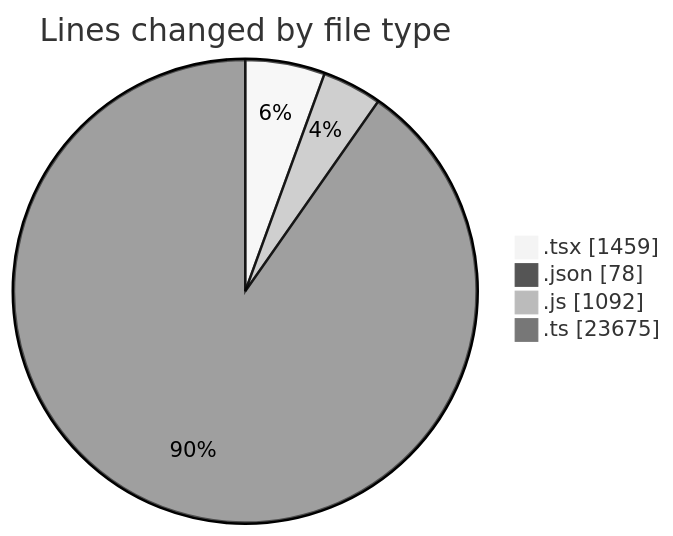
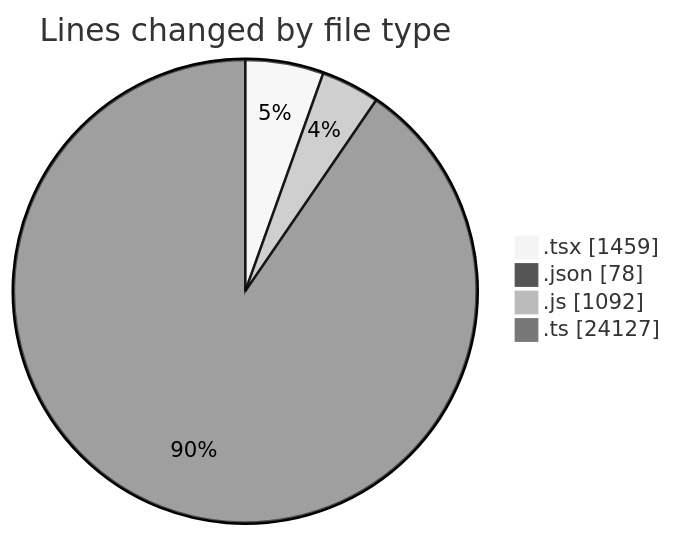
One commit to momahboobian/code-tracking changed the first of 2 diagrams in 2026-10-19/cda/README.md. Above: the diagram before and after it, drawn with Mermaid (neutral theme). The commit also changed other lines of this file and 1 other file, not shown here.

````diff
--- a/2026-10-19/cda/README.md
+++ b/2026-10-19/cda/README.md
@@ -29,8 +29,8 @@
 ```mermaid
 pie showData
 title Lines changed by file type
 ".tsx" : 1459
 ".json" : 78
 ".js" : 1092
-".ts" : 23675
+".ts" : 24127
 ```
````
